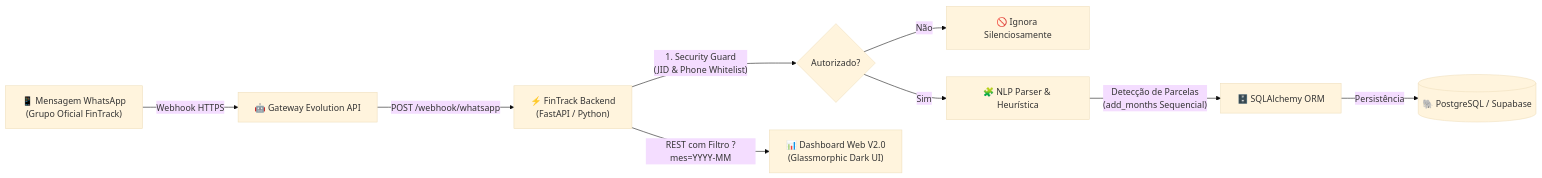
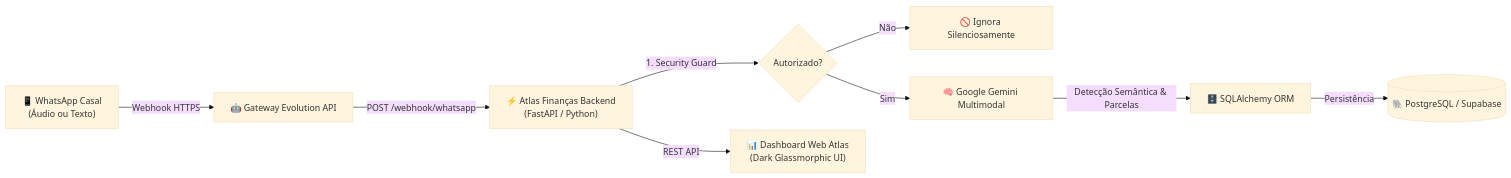
One commit to GodoyDevv/financas changed the second of 2 diagrams in README.md. Above: the diagram before and after it, drawn with Mermaid (base theme). The commit also changed other lines of this file, not shown here.

Commit message:
docs: update README with Atlas Finanças branding, Gemini multimodal architecture and project vision

````diff
--- a/README.md
+++ b/README.md
@@ -57,11 +68,11 @@
 ```mermaid
 flowchart LR
-    A["📱 Mensagem WhatsApp<br/>(Grupo Oficial FinTrack)"] -->|"Webhook HTTPS"| B["🤖 Gateway Evolution API"]
-    B -->|"POST /webhook/whatsapp"| C["⚡ FinTrack Backend<br/>(FastAPI / Python)"]
-    C -->|"1. Security Guard<br/>(JID & Phone Whitelist)"| D{"Autorizado?"}
+    A["📱 WhatsApp Casal<br/>(Áudio ou Texto)"] -->|"Webhook HTTPS"| B["🤖 Gateway Evolution API"]
+    B -->|"POST /webhook/whatsapp"| C["⚡ Atlas Finanças Backend<br/>(FastAPI / Python)"]
+    C -->|"1. Security Guard"| D{"Autorizado?"}
     D -- "Não" --> D1["🚫 Ignora Silenciosamente"]
-    D -- "Sim" --> E["🧩 NLP Parser & Heurística"]
-    E -->|"Detecção de Parcelas<br/>(add_months Sequencial)"| F["🗄️ SQLAlchemy ORM"]
+    D -- "Sim" --> E["🧠 Google Gemini Multimodal"]
+    E -->|"Detecção Semântica & Parcelas"| F["🗄️ SQLAlchemy ORM"]
     F -->|"Persistência"| G[("🐘 PostgreSQL / Supabase")]
-    C -->|"REST com Filtro ?mes=YYYY-MM"| H["📊 Dashboard Web V2.0<br/>(Glassmorphic Dark UI)"]
+    C -->|"REST API"| H["📊 Dashboard Web Atlas<br/>(Dark Glassmorphic UI)"]
 ```
````
